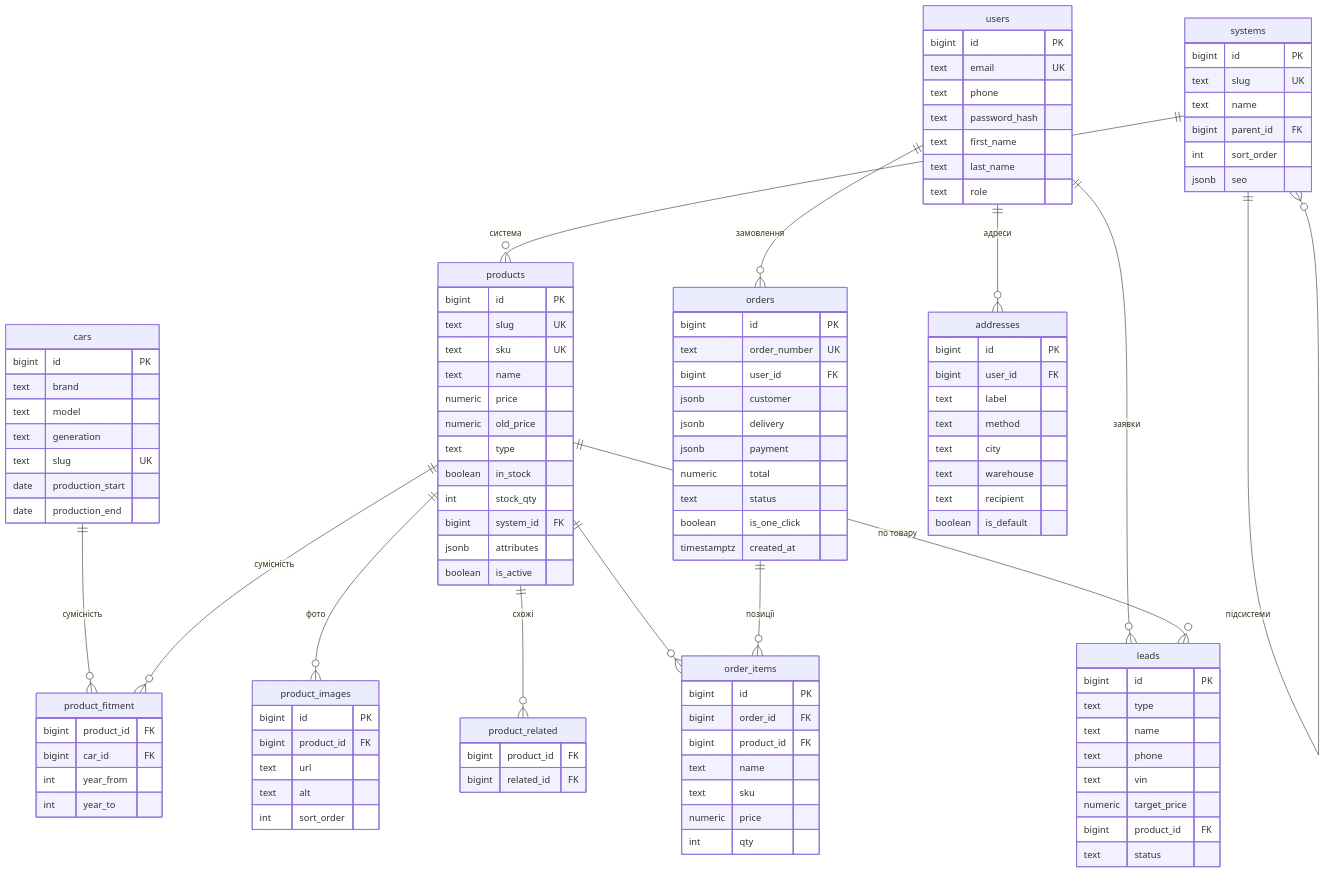
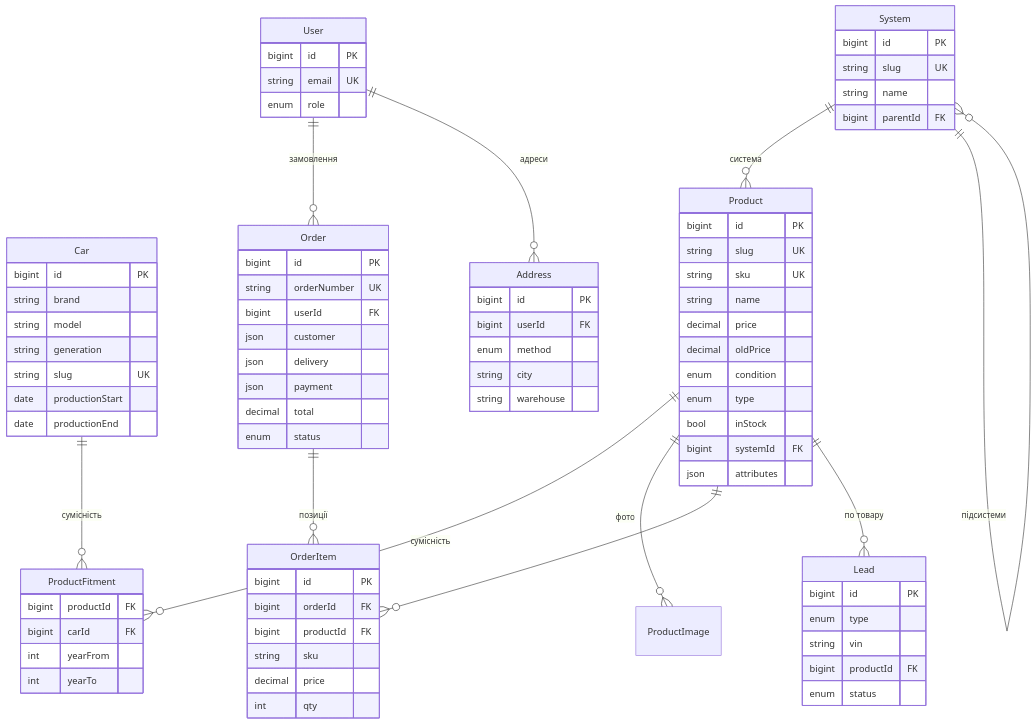
One commit to vvbogdanovih/tesla-meta changed the diagram in docs/db-schema.md. Above: the diagram before and after it, drawn with Mermaid. The commit also changed other lines of this file and 10 other files, not shown here.

First line of the commit message:
admin+db: дизайн адмінки, стан Новий/Б/у/Уцінка, Prisma-схема, ADR-0005

````diff
--- a/docs/db-schema.md
+++ b/docs/db-schema.md
@@ -14,114 +14,85 @@
 ```mermaid
 erDiagram
-  cars            ||--o{ product_fitment : "сумісність"
-  products        ||--o{ product_fitment : "сумісність"
-  systems         ||--o{ products        : "система"
-  systems         ||--o{ systems         : "підсистеми"
-  products        ||--o{ product_images  : "фото"
-  products        ||--o{ product_related : "схожі"
-  products        ||--o{ order_items     : ""
-  orders          ||--o{ order_items     : "позиції"
-  users           ||--o{ orders          : "замовлення"
-  users           ||--o{ addresses       : "адреси"
-  users           ||--o{ leads           : "заявки"
-  products        ||--o{ leads           : "по товару"
+  Car             ||--o{ ProductFitment : "сумісність"
+  Product         ||--o{ ProductFitment : "сумісність"
+  System          ||--o{ Product        : "система"
+  System          ||--o{ System         : "підсистеми"
+  Product         ||--o{ ProductImage   : "фото"
+  Product         ||--o{ OrderItem      : ""
+  Order           ||--o{ OrderItem      : "позиції"
+  User            ||--o{ Order          : "замовлення"
+  User            ||--o{ Address        : "адреси"
+  Product         ||--o{ Lead           : "по товару"
 
-  cars {
+  Car {
     bigint id PK
-    text brand
-    text model
-    text generation
-    text slug UK
-    date production_start
-    date production_end
+    string brand
+    string model
+    string generation
+    string slug UK
+    date   productionStart
+    date   productionEnd
   }
-  systems {
+  System {
     bigint id PK
-    text slug UK
-    text name
-    bigint parent_id FK
-    int sort_order
-    jsonb seo
+    string slug UK
+    string name
+    bigint parentId FK
   }
-  products {
+  Product {
     bigint id PK
-    text slug UK
-    text sku UK
-    text name
-    numeric price
-    numeric old_price
-    text type
-    boolean in_stock
-    int stock_qty
-    bigint system_id FK
-    jsonb attributes
-    boolean is_active
+    string slug UK
+    string sku UK
+    string name
+    decimal price
+    decimal oldPrice
+    enum   condition
+    enum   type
+    bool   inStock
+    bigint systemId FK
+    json   attributes
   }
-  product_fitment {
-    bigint product_id FK
-    bigint car_id FK
-    int year_from
-    int year_to
+  ProductFitment {
+    bigint productId FK
+    bigint carId FK
+    int    yearFrom
+    int    yearTo
   }
-  product_images {
+  Order {
     bigint id PK
-    bigint product_id FK
-    text url
-    text alt
-    int sort_order
+    string orderNumber UK
+    bigint userId FK
+    json   customer
+    json   delivery
+    json   payment
+    decimal total
+    enum   status
   }
-  product_related {
-    bigint product_id FK
-    bigint related_id FK
+  OrderItem {
+    bigint id PK
+    bigint orderId FK
+    bigint productId FK
+    string sku
+    decimal price
+    int    qty
   }
-  orders {
+  User {
     bigint id PK
-    text order_number UK
-    bigint user_id FK
-    jsonb customer
-    jsonb delivery
-    jsonb payment
-    numeric total
-    text status
-    boolean is_one_click
-    timestamptz created_at
+    string email UK
+    enum   role
   }
-  order_items {
+  Address {
     bigint id PK
-    bigint order_id FK
-    bigint product_id FK
-    text name
-    text sku
-    numeric price
-    int qty
+    bigint userId FK
+    enum   method
+    string city
+    string warehouse
   }
-  users {
+  Lead {
     bigint id PK
-    text email UK
-    text phone
-    text password_hash
-    text first_name
-    text last_name
-    text role
-  }
-  addresses {
-    bigint id PK
-    bigint user_id FK
-    text label
-    text method
-    text city
-    text warehouse
-    text recipient
-    boolean is_default
-  }
-  leads {
-    bigint id PK
-    text type
-    text name
-    text phone
-    text vin
-    numeric target_price
-    bigint product_id FK
-    text status
+    enum   type
+    string vin
+    bigint productId FK
+    enum   status
   }
 ```
````
